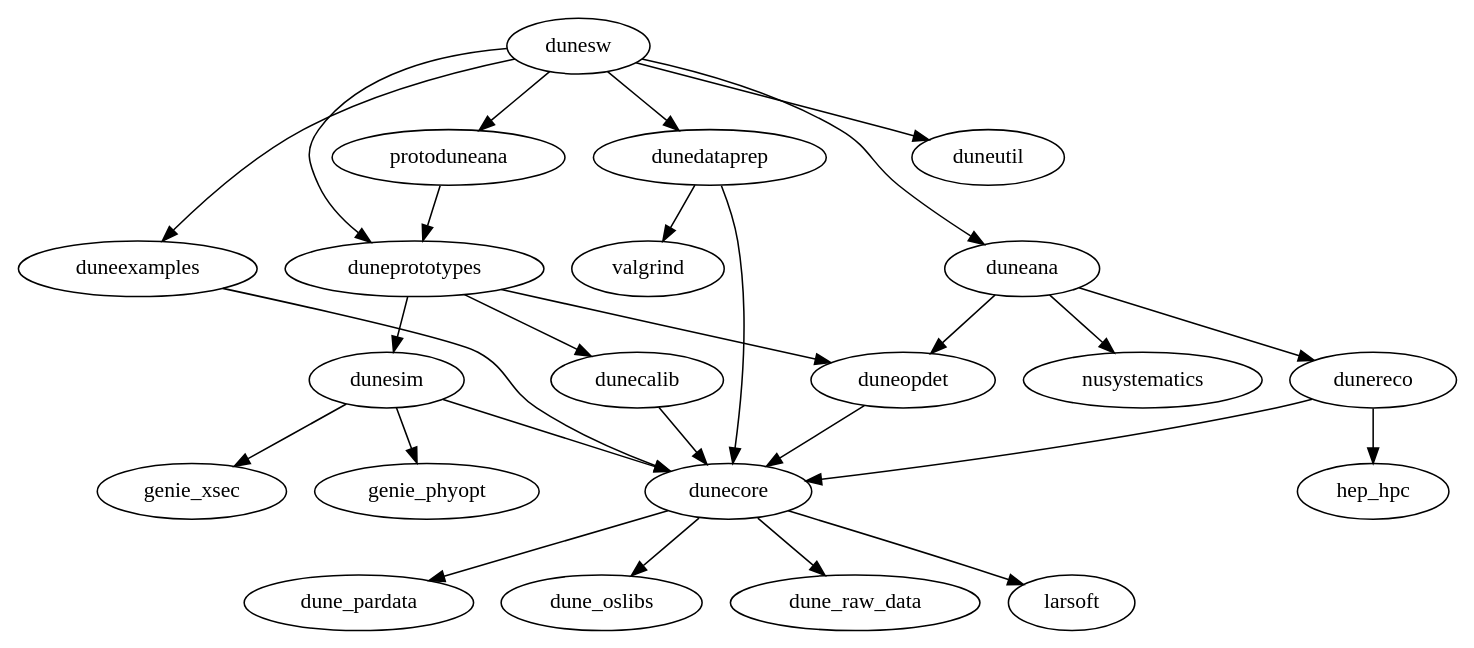
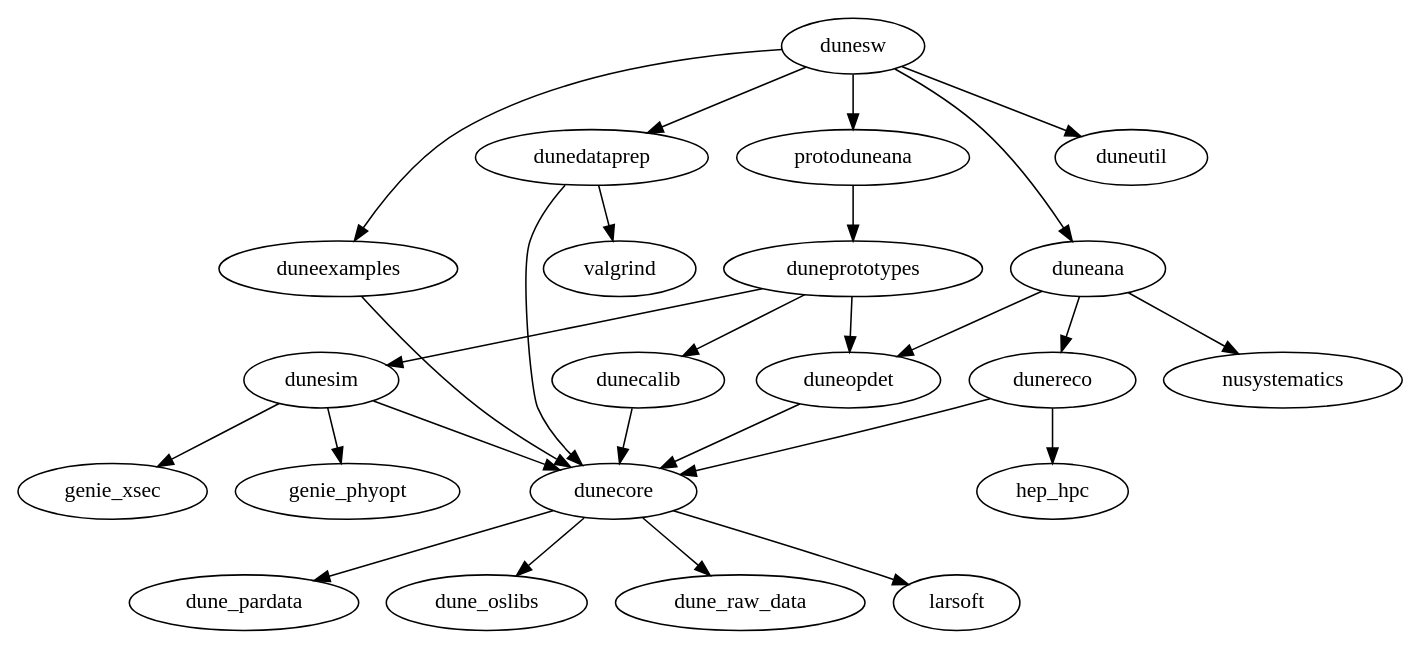
The diagram in first_try/ups_depgraph/dg.dot (calcuttj/split_dunetpc), drawn with Graphviz before and after one commit. The commit also changed 2 other files, not shown here.

```diff
--- a/first_try/ups_depgraph/dg.dot
+++ b/first_try/ups_depgraph/dg.dot
@@ -1,29 +1,28 @@
 digraph G {
-dunesw -> duneprototypes
 dunesw -> duneexamples
 dunesw -> dunedataprep
 dunesw -> duneana
 dunesw -> duneutil
 dunesw -> protoduneana
 dunecore -> dune_pardata
 dunesim -> genie_xsec
 dunesim -> genie_phyopt
 dunecore -> dune_oslibs
 duneana -> dunereco
 duneana -> duneopdet
 duneana -> nusystematics
 dunecalib -> dunecore
 dunecore -> dune_raw_data
 dunedataprep -> valgrind
 dunedataprep -> dunecore
 duneexamples -> dunecore 
 duneopdet -> dunecore 
 duneprototypes -> duneopdet 
 duneprototypes -> dunecalib
 duneprototypes -> dunesim
 dunereco -> dunecore
 dunereco -> hep_hpc
 dunesim -> dunecore
 dunecore -> larsoft
 protoduneana -> duneprototypes
 }
```
